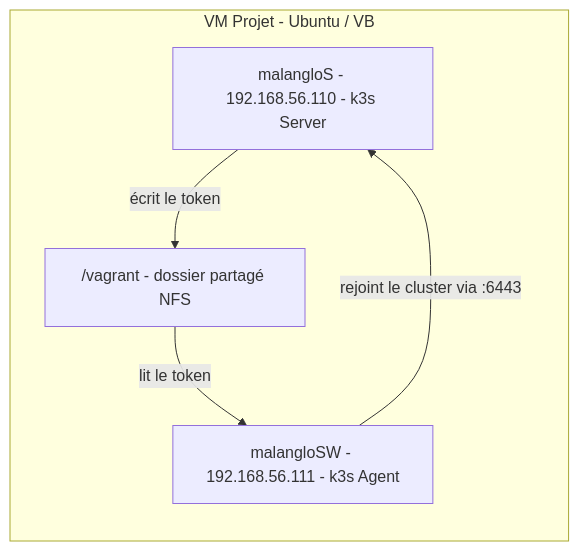
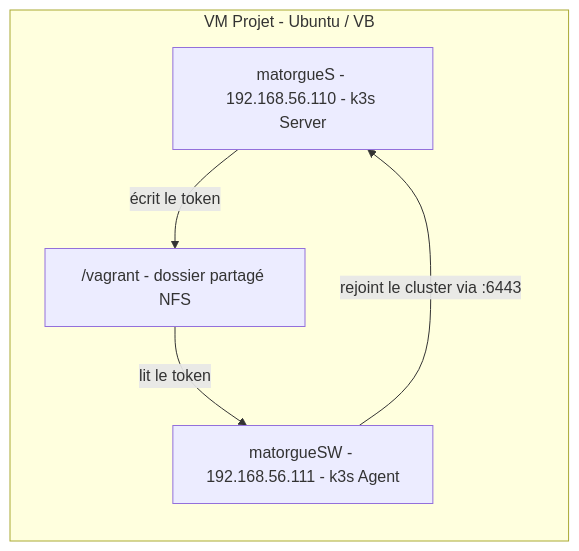
The first of 3 diagrams in p1/README.md (mlanglois26/42_inception_of_things), drawn with Mermaid before and after one commit. The commit also changed other lines of this file and 1 other file, not shown here.

````diff
--- a/p1/README.md
+++ b/p1/README.md
@@ -25,12 +25,12 @@
 ```mermaid
 graph LR
     subgraph vmProjet [VM Projet - Ubuntu / VB]
         direction TB
-        server["malangloS - 192.168.56.110 - k3s Server"]
-        agent["malangloSW - 192.168.56.111 - k3s Agent"]
+        server["matorgueS - 192.168.56.110 - k3s Server"]
+        agent["matorgueSW - 192.168.56.111 - k3s Agent"]
         nfs["/vagrant - dossier partagé NFS"]
     end
     server -- "écrit le token" --> nfs
     nfs -- "lit le token" --> agent
     agent -- "rejoint le cluster via :6443" --> server
 ```
````
